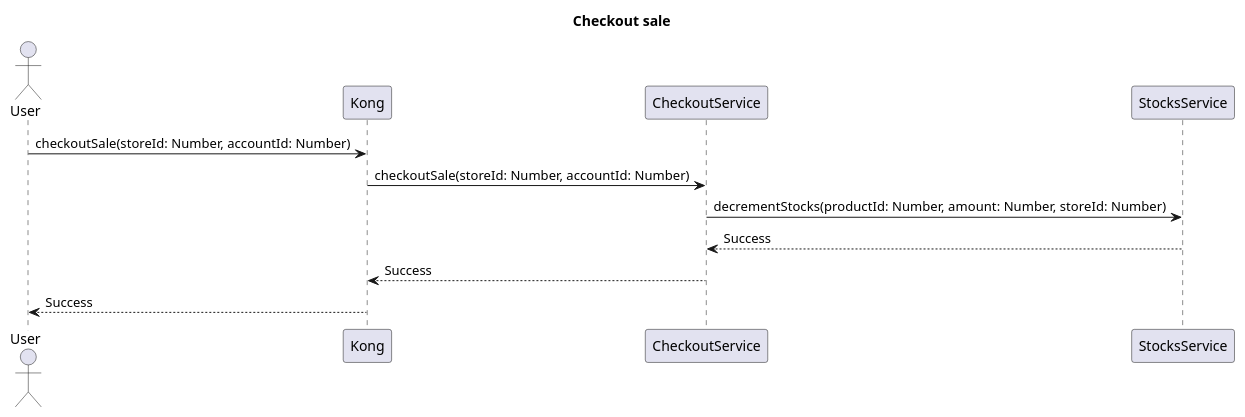
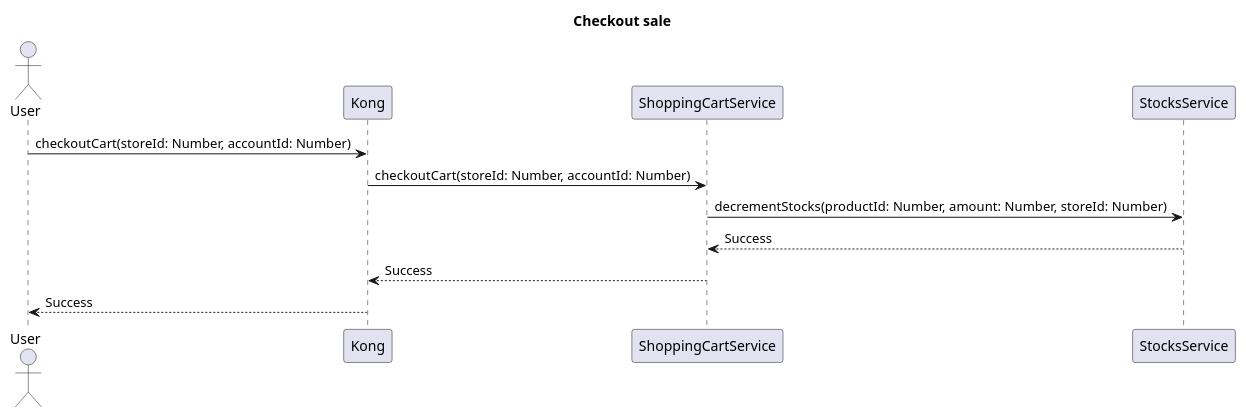
One commit to ThePhobosDeimosSuite/laboratoire-0_log430 changed the seventh of 20 diagrams in docs/rapport.md. Above: the diagram before and after it, drawn with PlantUML. The commit also changed other lines of this file and 20 other files, not shown here.

Commit message:
remove checkout service

```diff
--- a/docs/rapport.md
+++ b/docs/rapport.md
@@ -451,11 +427,11 @@
 @startuml checkout-sale
 title Checkout sale
 actor User
 
-User -> Kong :checkoutSale(storeId: Number, accountId: Number)
-Kong -> CheckoutService : checkoutSale(storeId: Number, accountId: Number)
-CheckoutService -> StocksService : decrementStocks(productId: Number, amount: Number, storeId: Number)
-StocksService --> CheckoutService  :Success
-CheckoutService --> Kong  :Success
+User -> Kong :checkoutCart(storeId: Number, accountId: Number)
+Kong -> ShoppingCartService : checkoutCart(storeId: Number, accountId: Number)
+ShoppingCartService -> StocksService : decrementStocks(productId: Number, amount: Number, storeId: Number)
+StocksService --> ShoppingCartService  :Success
+ShoppingCartService --> Kong  :Success
 Kong --> User : Success
 @enduml
```
